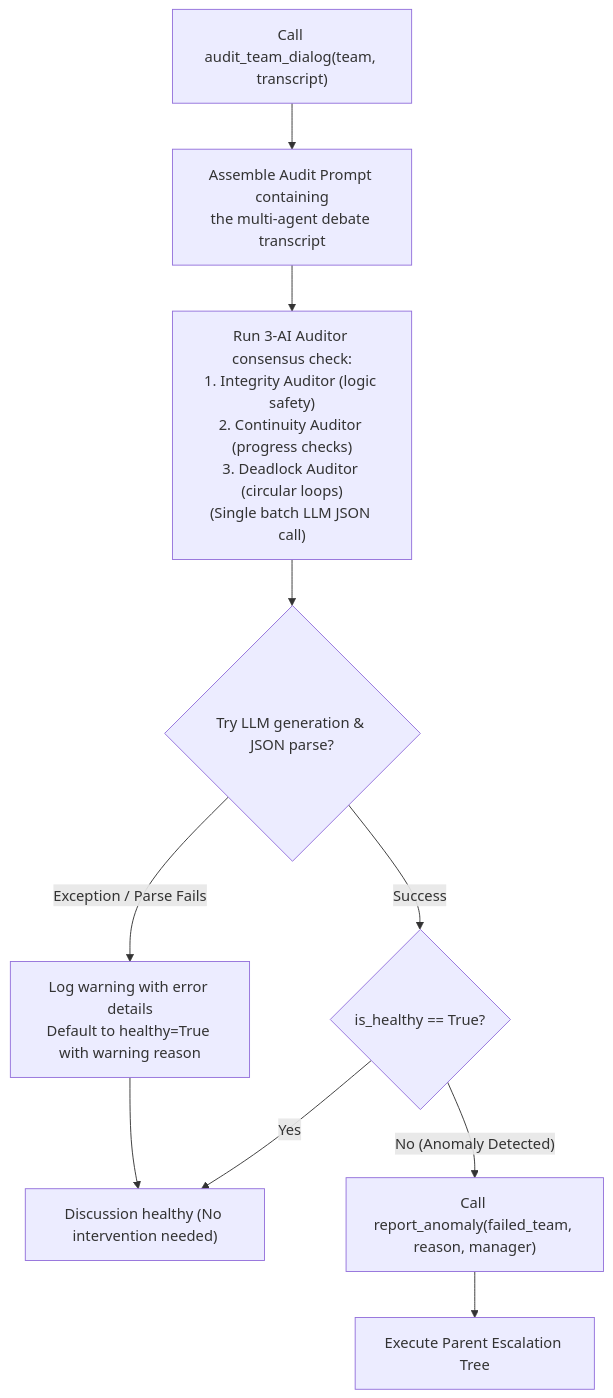
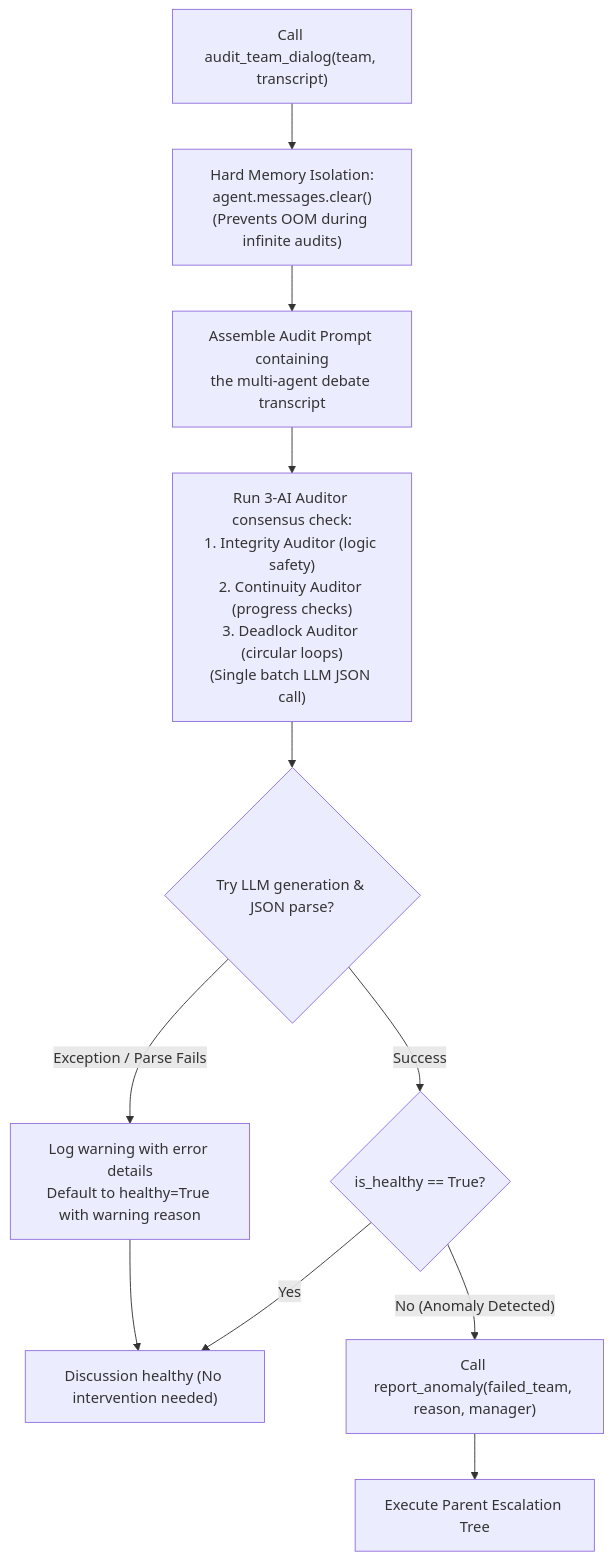
One commit to AI-Team-Team/AI-Team-Team changed the first of 2 diagrams in docs/flowcharts/Supervisory_Team_Audit.md. Above: the diagram before and after it, drawn with Mermaid. The commit also changed 12 other files, not shown here.

First line of the commit message:
docs(architecture): comprehensively update architecture specifications and flowcharts

````diff
--- a/docs/flowcharts/Supervisory_Team_Audit.md
+++ b/docs/flowcharts/Supervisory_Team_Audit.md
@@ -9,17 +9,18 @@
 ```mermaid
 flowchart TD
-    Start["Call audit_team_dialog(team, transcript)"] --> FormulatePrompt["Assemble Audit Prompt containing\nthe multi-agent debate transcript"]
+    Start["Call audit_team_dialog(team, transcript)"] --> MemoryBarrier["Hard Memory Isolation:\nagent.messages.clear()\n(Prevents OOM during infinite audits)"]
+    MemoryBarrier --> FormulatePrompt["Assemble Audit Prompt containing\nthe multi-agent debate transcript"]
     
     FormulatePrompt --> BatchCall["Run 3-AI Auditor consensus check:\n1. Integrity Auditor (logic safety)\n2. Continuity Auditor (progress checks)\n3. Deadlock Auditor (circular loops)\n(Single batch LLM JSON call)"]
     
     BatchCall --> TryBlock{"Try LLM generation & JSON parse?"}
     
     TryBlock -- "Exception / Parse Fails" --> FallbackHealthy["Log warning with error details\nDefault to healthy=True with warning reason"]
     TryBlock -- "Success" --> HealthGate{"is_healthy == True?"}
     
     HealthGate -- "Yes" --> End["Discussion healthy (No intervention needed)"]
     FallbackHealthy --> End
     
     HealthGate -- "No (Anomaly Detected)" --> TriggerEscalation["Call report_anomaly(failed_team, reason, manager)"]
     TriggerEscalation --> EscalationFlow["Execute Parent Escalation Tree"]
 ```
````
